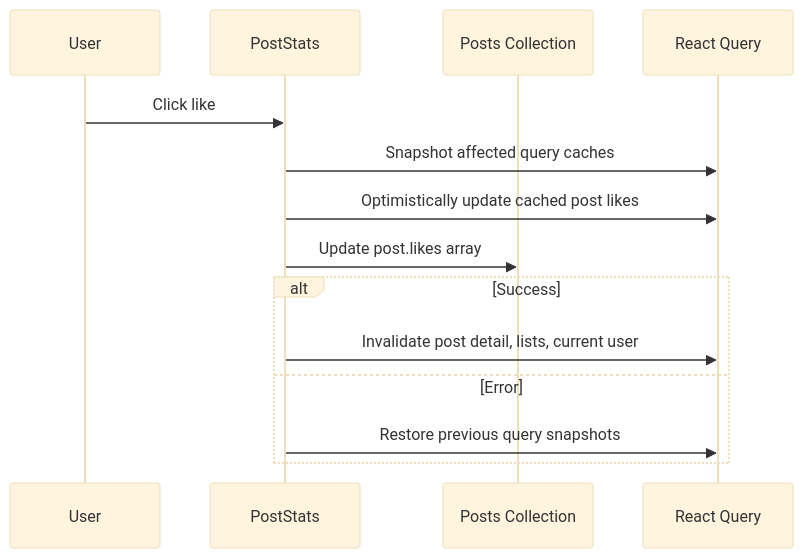
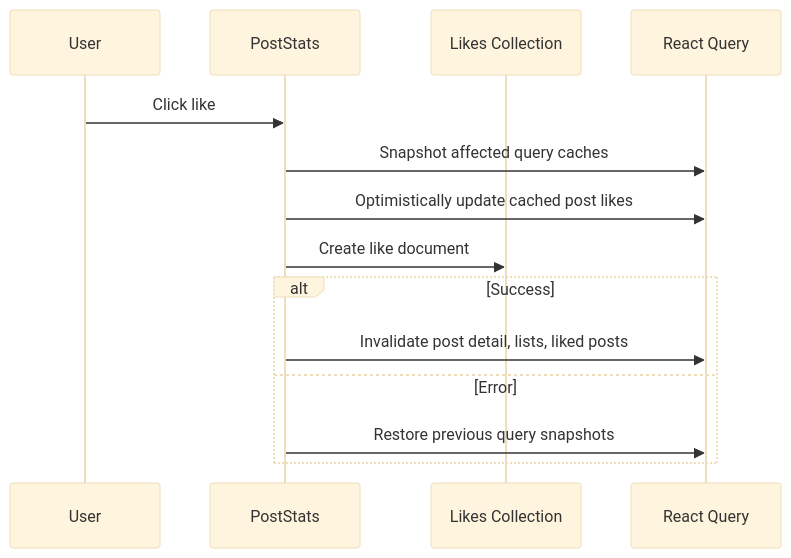
One commit to BINIT-Nayak/Snapgram changed the seventh of 16 diagrams in docs/HLD.md. Above: the diagram before and after it, drawn with Mermaid (base theme). The commit also changed other lines of this file and 26 other files, not shown here.

````diff
--- a/docs/HLD.md
+++ b/docs/HLD.md
@@ -252,17 +264,17 @@
 ```mermaid
 sequenceDiagram
   participant User
   participant Stats as PostStats
-  participant DB as Posts Collection
+  participant DB as Likes Collection
   participant RQ as React Query
 
   User->>Stats: Click like
   Stats->>RQ: Snapshot affected query caches
   Stats->>RQ: Optimistically update cached post likes
-  Stats->>DB: Update post.likes array
+  Stats->>DB: Create like document
   alt Success
-    Stats->>RQ: Invalidate post detail, lists, current user
+    Stats->>RQ: Invalidate post detail, lists, liked posts
   else Error
     Stats->>RQ: Restore previous query snapshots
   end
 ```
````
